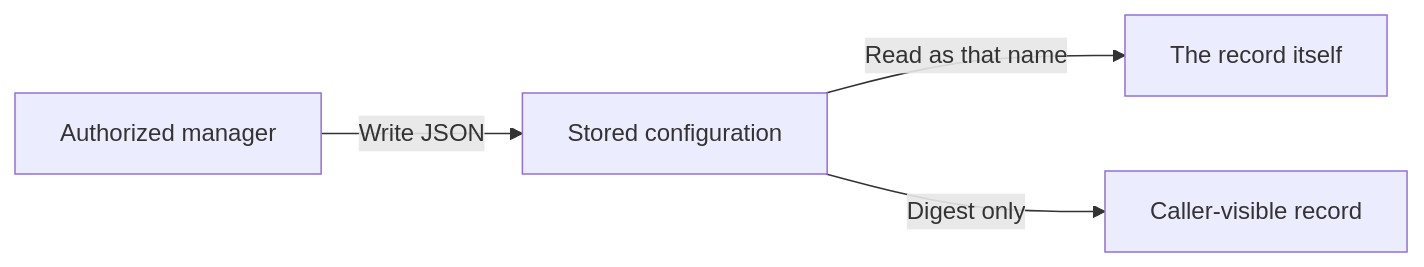
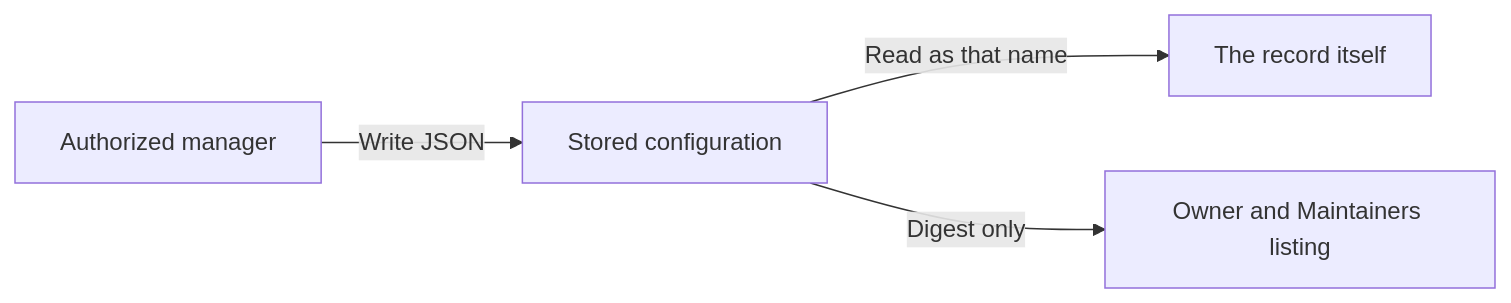
One commit to parf/ai-agent-bus changed the diagram in docs/03-records-agent.md. Above: the diagram before and after it, drawn with Mermaid. The commit also changed other lines of this file and 34 other files, not shown here.

````diff
--- a/docs/03-records-agent.md
+++ b/docs/03-records-agent.md
@@ -154,6 +154,6 @@
 ```mermaid
 flowchart LR
     Writer[Authorized manager] -->|Write JSON| Store[Stored configuration]
     Store -->|Read as that name| Record[The record itself]
-    Store -->|Digest only| Listing[Caller-visible record]
+    Store -->|Digest only| Listing[Owner and Maintainers listing]
 ```
````
